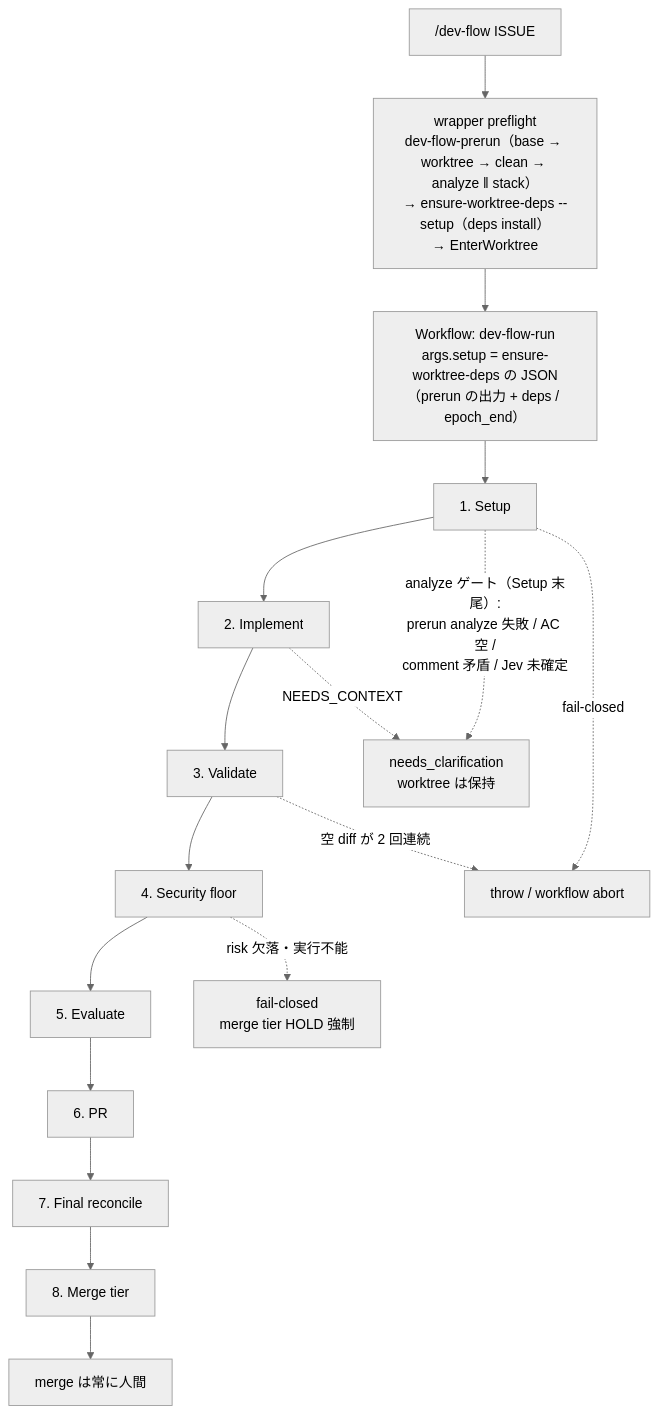
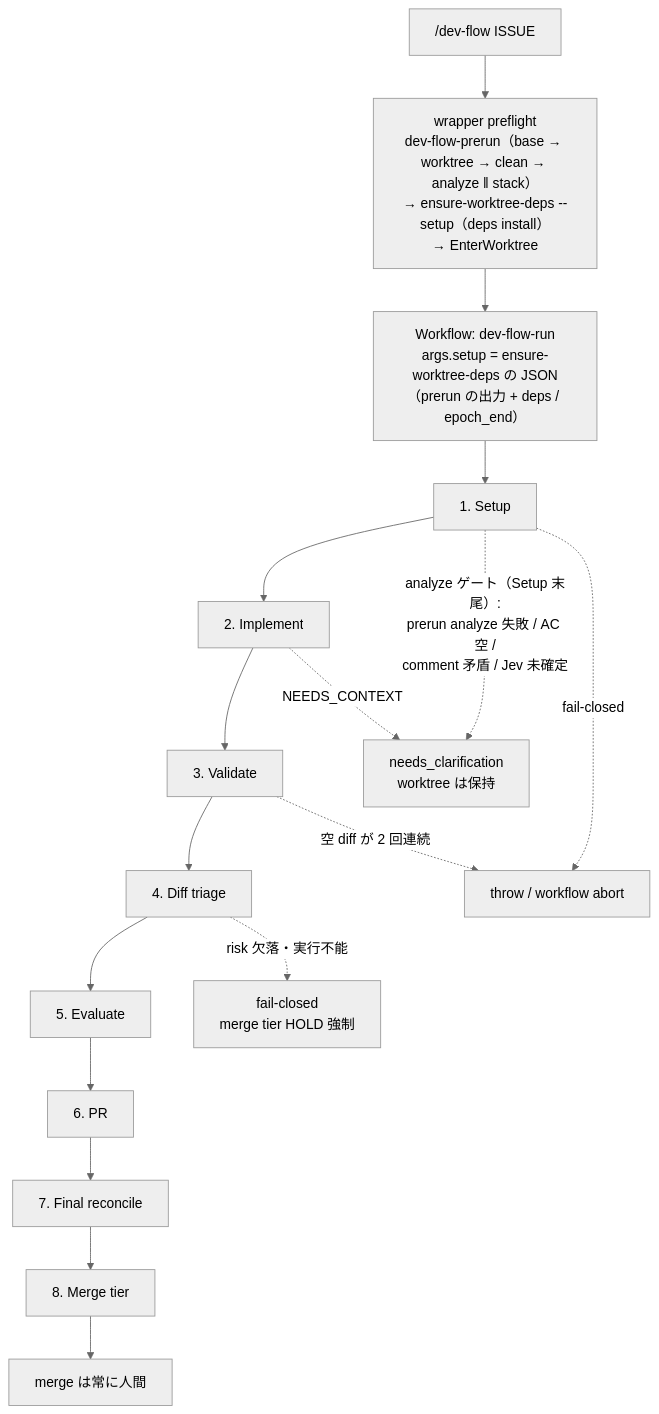
One commit to it-all-playpark/claude-plugins changed the first of 13 diagrams in docs/dev-flow-atlas.md. Above: the diagram before and after it, drawn with Mermaid (neutral theme). The commit also changed other lines of this file and 67 other files, not shown here.

First line of the commit message:
refactor(dev-flow): Security floor を Diff triage に改名し、secfloor の識別子を diff-triage に揃える (#1120) (#1129)

````diff
--- a/docs/dev-flow-atlas.md
+++ b/docs/dev-flow-atlas.md
@@ -35,20 +35,20 @@
 ```mermaid
 flowchart TD
     U["/dev-flow ISSUE"] --> PF["wrapper preflight<br/>dev-flow-prerun（base → worktree → clean → analyze ‖ stack）<br/>→ ensure-worktree-deps --setup（deps install）<br/>→ EnterWorktree"]
     PF --> W["Workflow: dev-flow-run<br/>args.setup = ensure-worktree-deps の JSON<br/>（prerun の出力 + deps / epoch_end）"]
     W --> S["1. Setup"]
     S --> I["2. Implement"]
     I --> V["3. Validate"]
-    V --> SF["4. Security floor"]
+    V --> SF["4. Diff triage"]
     SF --> E["5. Evaluate"]
     E --> R["6. PR"]
     R --> FR["7. Final reconcile"]
     FR --> MT["8. Merge tier"]
     MT --> HU["merge は常に人間"]
 
     S -.->|"fail-closed"| AB["throw / workflow abort"]
     V -.->|"空 diff が 2 回連続"| AB
     S -.->|"analyze ゲート（Setup 末尾）:<br/>prerun analyze 失敗 / AC 空 /<br/>comment 矛盾 / Jev 未確定"| NC["needs_clarification<br/>worktree は保持"]
     I -.->|"NEEDS_CONTEXT"| NC
     SF -.->|"risk 欠落・実行不能"| FC["fail-closed<br/>merge tier HOLD 強制"]
 ```
````
